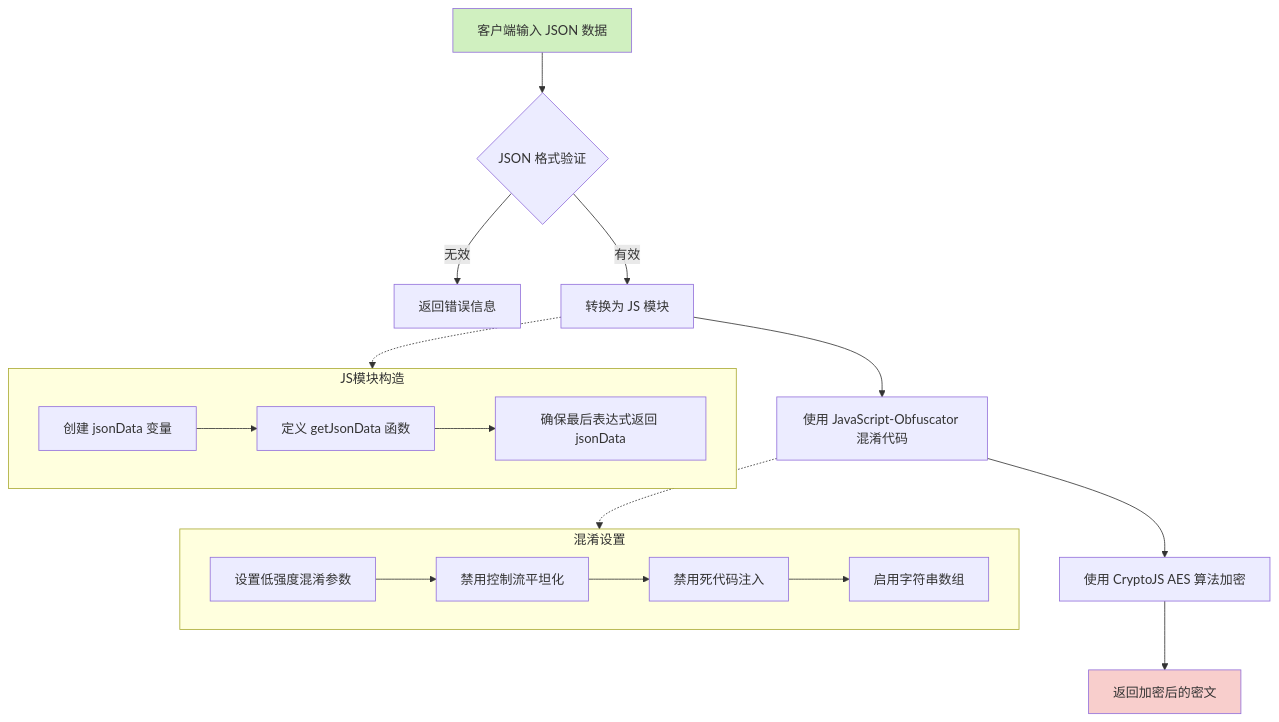
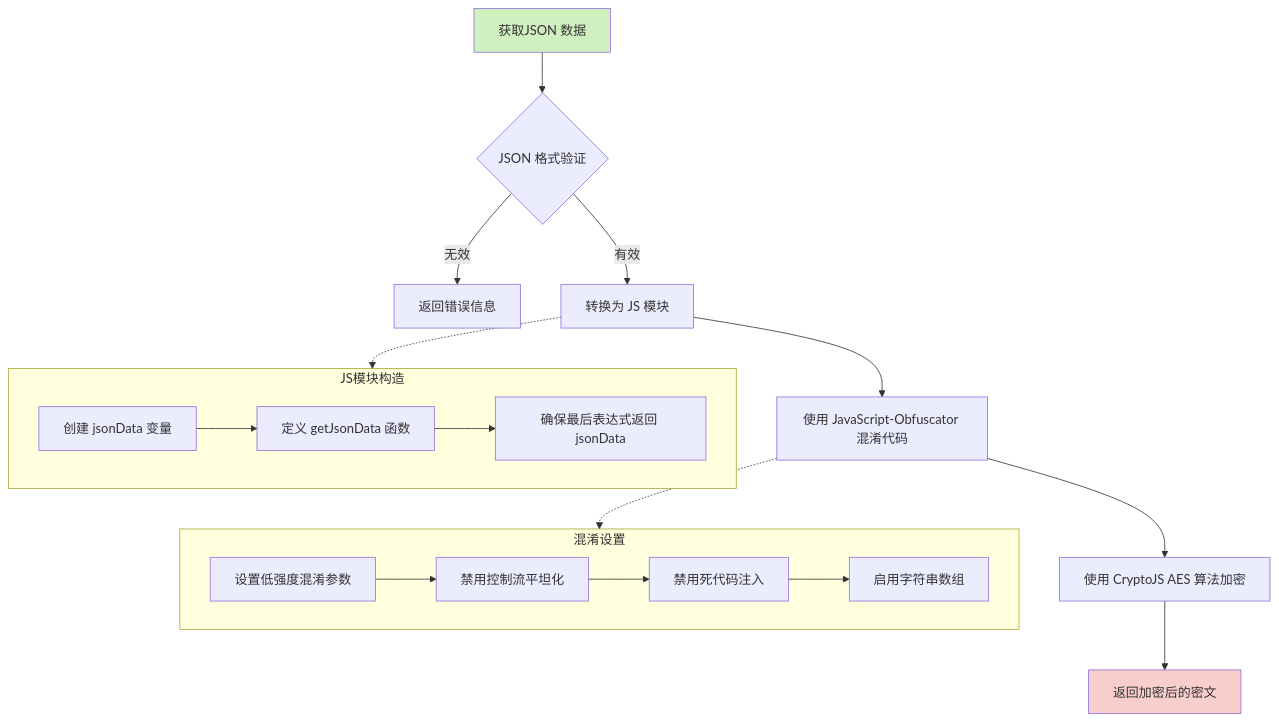
Before and after one commit to yingjianzh/iodraw-files: the diagram in all/未命名-42.md, drawn with Mermaid.

Commit message:
2025-04-24 17:53:51 update

````diff
--- a/all/未命名-42.md
+++ b/all/未命名-42.md
@@ -1,29 +1,29 @@
 ```mermaid
 
 flowchart TD
-    A[客户端输入 JSON 数据] --> B{JSON 格式验证}
+    A[获取JSON 数据] --> B{JSON 格式验证}
     B -->|无效| C[返回错误信息]
     B -->|有效| D[转换为 JS 模块]
     D --> E[使用 JavaScript-Obfuscator 混淆代码]
     E --> F[使用 CryptoJS AES 算法加密]
     F --> G[返回加密后的密文]
     
     subgraph JS模块构造
     D1[创建 jsonData 变量] --> D2[定义 getJsonData 函数]
     D2 --> D3[确保最后表达式返回 jsonData]
     end
     
     subgraph 混淆设置
     E1[设置低强度混淆参数] --> E2[禁用控制流平坦化]
     E2 --> E3[禁用死代码注入]
     E3 --> E4[启用字符串数组]
     end
     
     D -.-> JS模块构造
     E -.-> 混淆设置
     
     style A fill:#d0f0c0
     style G fill:#f8cecc
 
 
 ```
````
